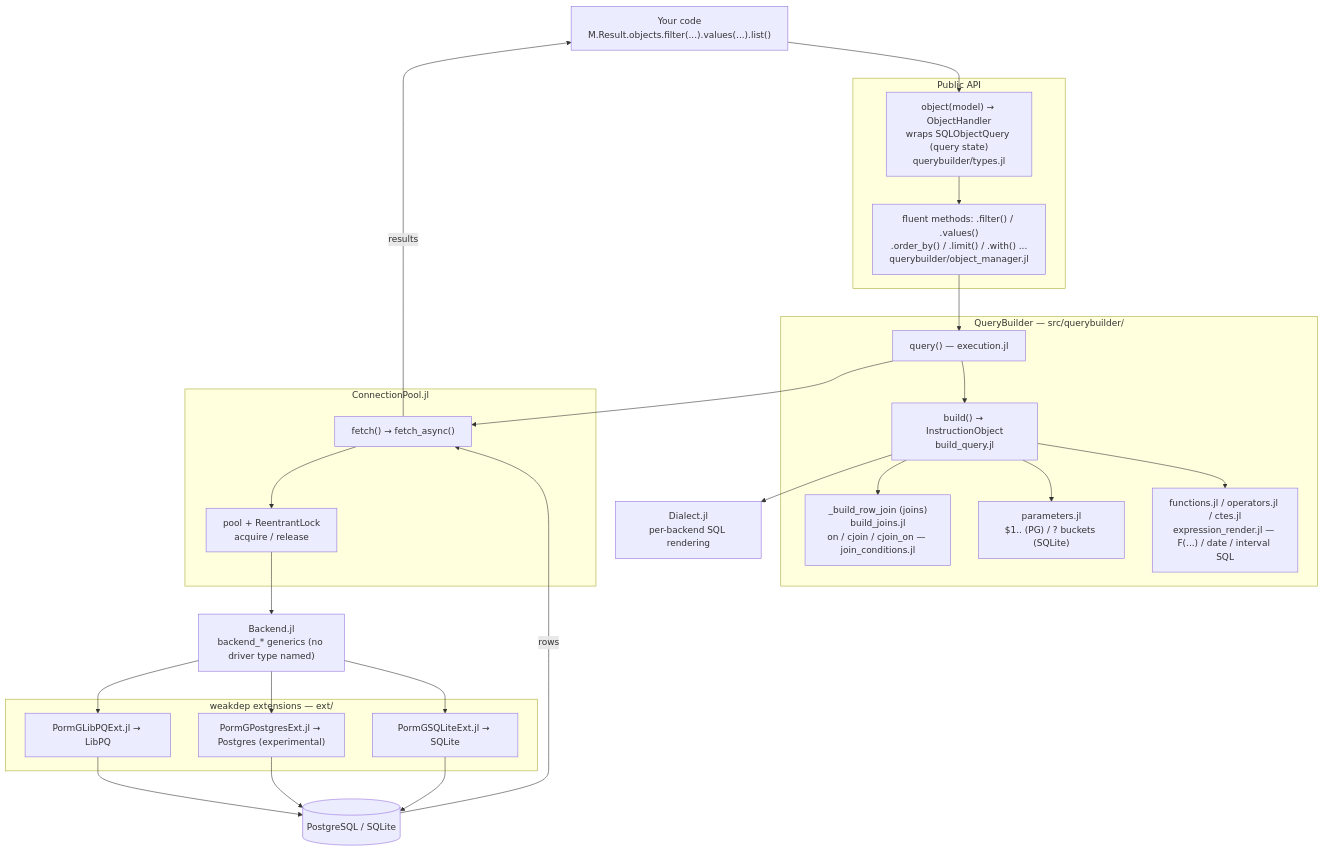
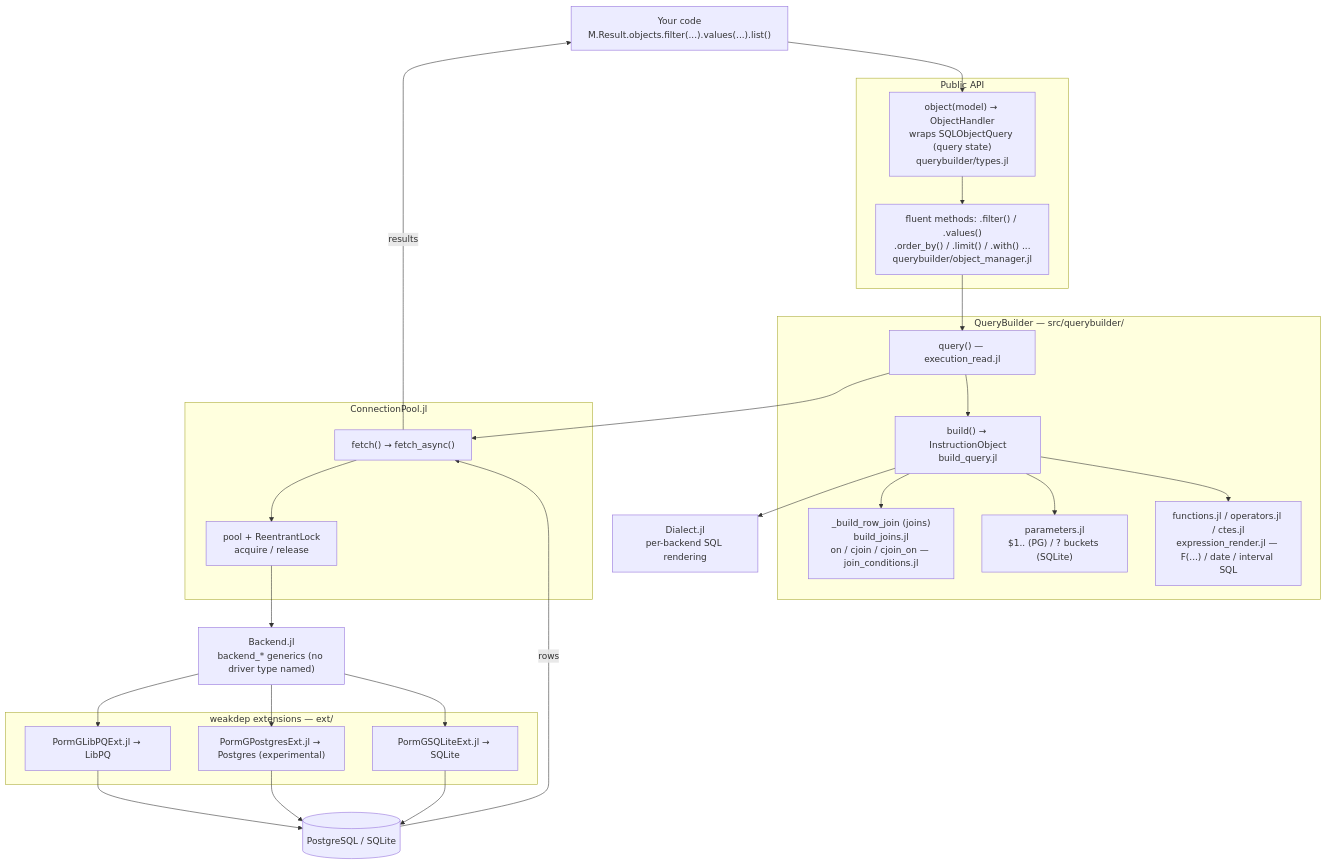
The first of 4 diagrams in docs/src/architecture.md (PingoLee/PormG.jl), drawn with Mermaid before and after one commit. The commit also changed other lines of this file and 27 other files, not shown here.

````diff
--- a/docs/src/architecture.md
+++ b/docs/src/architecture.md
@@ -13,43 +13,43 @@
 ```mermaid
 flowchart TD
   U["Your code<br/>M.Result.objects.filter(...).values(...).list()"]
 
   subgraph API["Public API"]
     OBJ["object(model) → ObjectHandler<br/>wraps SQLObjectQuery (query state)<br/>querybuilder/types.jl"]
     CHAIN["fluent methods: .filter() / .values()<br/>.order_by() / .limit() / .with() ...<br/>querybuilder/object_manager.jl"]
   end
 
   subgraph QB["QueryBuilder — src/querybuilder/"]
-    Q["query() — execution.jl"]
+    Q["query() — execution_read.jl"]
     B["build() → InstructionObject<br/>build_query.jl"]
     J["_build_row_join (joins)<br/>build_joins.jl<br/>on / cjoin / cjoin_on — join_conditions.jl"]
     P["parameters.jl<br/>$1.. (PG) / ? buckets (SQLite)"]
     F["functions.jl / operators.jl / ctes.jl<br/>expression_render.jl — F(...) / date / interval SQL"]
   end
 
   DI["Dialect.jl<br/>per-backend SQL rendering"]
 
   subgraph CP["ConnectionPool.jl"]
     FE["fetch() → fetch_async()"]
     POOL["pool + ReentrantLock<br/>acquire / release"]
   end
 
   BK["Backend.jl<br/>backend_* generics (no driver type named)"]
   subgraph EXT["weakdep extensions — ext/"]
     PG["PormGLibPQExt.jl → LibPQ"]
     PJ["PormGPostgresExt.jl → Postgres (experimental)"]
     SL["PormGSQLiteExt.jl → SQLite"]
   end
   DB[("PostgreSQL / SQLite")]
 
   U --> OBJ --> CHAIN --> Q --> B
   B --> J
   B --> P
   B --> F
   B --> DI
   Q --> FE --> POOL --> BK
   BK --> PG --> DB
   BK --> PJ --> DB
   BK --> SL --> DB
   DB -->|rows| FE -->|results| U
 ```
````
